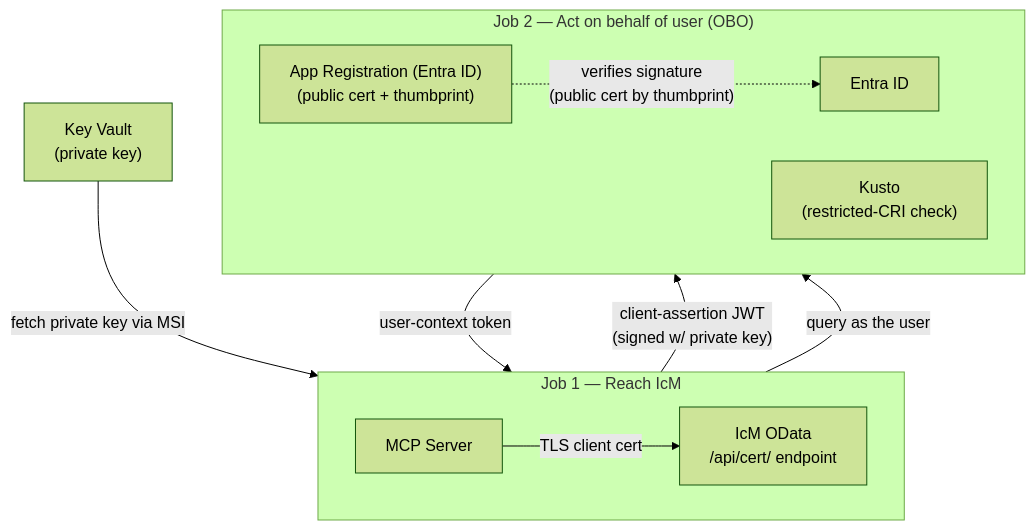
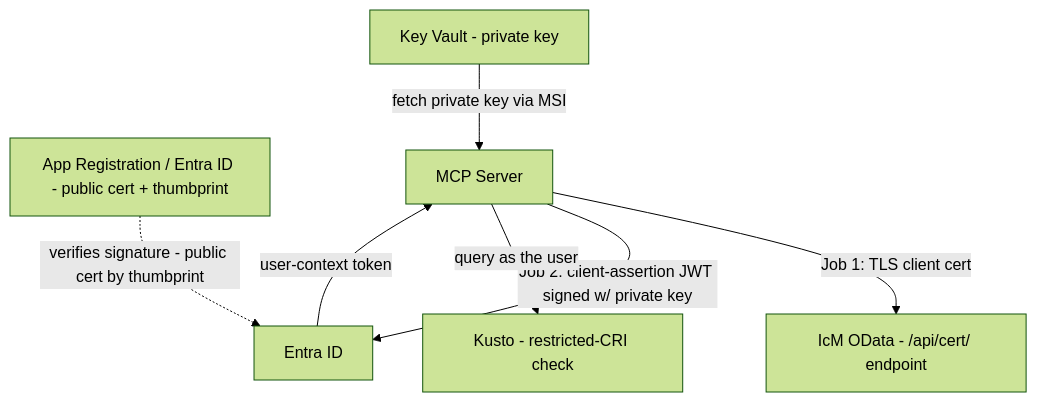
One commit to AzureAD/android-complete changed the first of 2 diagrams in android_dri/deployment/onboarding-diagrams.md. Above: the diagram before and after it, drawn with Mermaid (forest theme). The commit also changed other lines of this file and 3 other files, not shown here.

````diff
--- a/android_dri/deployment/onboarding-diagrams.md
+++ b/android_dri/deployment/onboarding-diagrams.md
@@ -9,21 +9,16 @@
 ```mermaid
 flowchart TB
-    KV["Key Vault<br/>(private key)"]
-    APP["App Registration (Entra ID)<br/>(public cert + thumbprint)"]
+    KV["Key Vault - private key"]
+    APP["App Registration / Entra ID - public cert + thumbprint"]
     MCP["MCP Server"]
+    ICM["IcM OData - /api/cert/ endpoint"]
+    ENTRA["Entra ID"]
+    KUSTO["Kusto - restricted-CRI check"]
 
-    KV -- "fetch private key via MSI" --> MCP
-
-    subgraph Job1["Job 1 — Reach IcM"]
-        direction LR
-        MCP -- "TLS client cert" --> ICM["IcM OData<br/>/api/cert/ endpoint"]
-    end
-
-    subgraph Job2["Job 2 — Act on behalf of user (OBO)"]
-        direction LR
-        MCP -- "client-assertion JWT<br/>(signed w/ private key)" --> ENTRA["Entra ID"]
-        APP -. "verifies signature<br/>(public cert by thumbprint)" .-> ENTRA
-        ENTRA -- "user-context token" --> MCP
-        MCP -- "query as the user" --> KUSTO["Kusto<br/>(restricted-CRI check)"]
-    end
+    KV -->|fetch private key via MSI| MCP
+    MCP -->|"Job 1: TLS client cert"| ICM
+    MCP -->|"Job 2: client-assertion JWT signed w/ private key"| ENTRA
+    APP -.->|verifies signature - public cert by thumbprint| ENTRA
+    ENTRA -->|user-context token| MCP
+    MCP -->|query as the user| KUSTO
 ```
````
